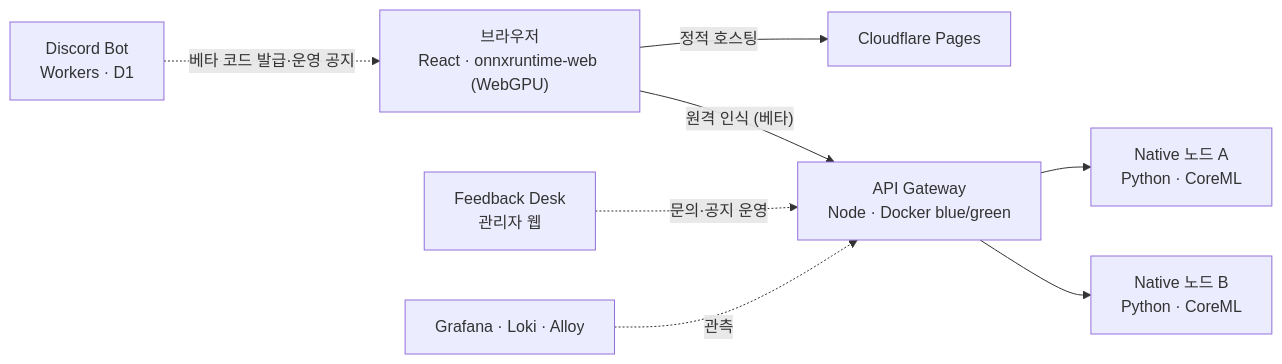
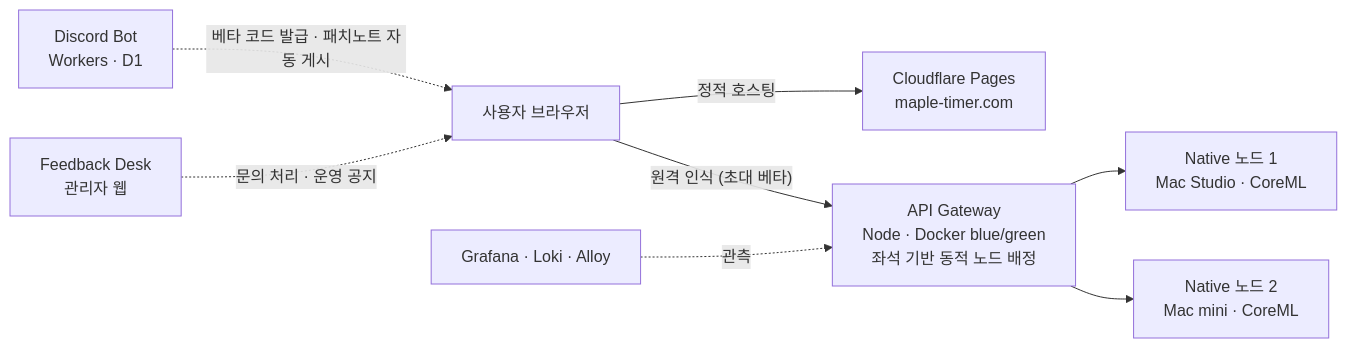
Before and after one commit to maple-timer/.github: the second of 2 diagrams in profile/README.md, drawn with Mermaid. The commit also changed other lines of this file and 2 other files, not shown here.

Commit message:
profile: 24fps webp demo, timestamped metric, split architecture

````diff
--- a/profile/README.md
+++ b/profile/README.md
@@ -30,10 +57,10 @@
 ```mermaid
 flowchart LR
-    B["브라우저<br/>React · onnxruntime-web (WebGPU)"] -->|정적 호스팅| P["Cloudflare Pages"]
-    B -->|"원격 인식 (베타)"| G["API Gateway<br/>Node · Docker blue/green"]
-    G --> N1["Native 노드 A<br/>Python · CoreML"]
-    G --> N2["Native 노드 B<br/>Python · CoreML"]
-    D["Discord Bot<br/>Workers · D1"] -.->|베타 코드 발급·운영 공지| B
-    A["Feedback Desk<br/>관리자 웹"] -.->|문의·공지 운영| G
-    O["Grafana · Loki · Alloy"] -.->|관측| G
+    U["사용자 브라우저"] -->|정적 호스팅| CF["Cloudflare Pages<br/>maple-timer.com"]
+    U -->|"원격 인식 (초대 베타)"| GW["API Gateway<br/>Node · Docker blue/green<br/>좌석 기반 동적 노드 배정"]
+    GW --> NA["Native 노드 1<br/>Mac Studio · CoreML"]
+    GW --> NB["Native 노드 2<br/>Mac mini · CoreML"]
+    DC["Discord Bot<br/>Workers · D1"] -.->|"베타 코드 발급 · 패치노트 자동 게시"| U
+    AD["Feedback Desk<br/>관리자 웹"] -.->|"문의 처리 · 운영 공지"| U
+    OBS["Grafana · Loki · Alloy"] -.->|관측| GW
 ```
````
